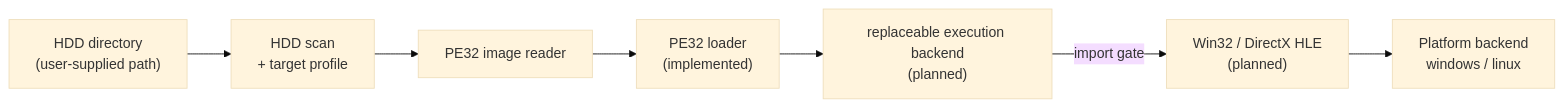
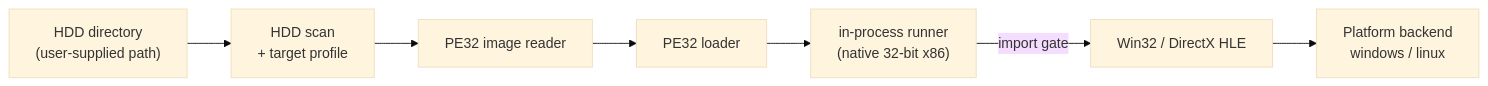
Before and after one commit to nworkers/re2DJ: the diagram in README.md, drawn with Mermaid (base theme). The commit also changed other lines of this file and 272 other files, not shown here.

First line of the commit message:
Run Windows through the in-process runner and drop injection (v0.0.63)

````diff
--- a/README.md
+++ b/README.md
@@ -41,9 +53,9 @@
 ```mermaid
 flowchart LR
     HDD["HDD directory<br/>(user-supplied path)"] --> SCAN["HDD scan<br/>+ target profile"]
     SCAN --> PE["PE32 image reader"]
-    PE --> LOAD["PE32 loader<br/>(implemented)"]
-    LOAD --> EXEC["replaceable execution backend<br/>(planned)"]
-    EXEC -->|import gate| HLE["Win32 / DirectX HLE<br/>(planned)"]
+    PE --> LOAD["PE32 loader"]
+    LOAD --> EXEC["in-process runner<br/>(native 32-bit x86)"]
+    EXEC -->|import gate| HLE["Win32 / DirectX HLE"]
     HLE --> PLAT["Platform backend<br/>windows / linux"]
 ```
````
